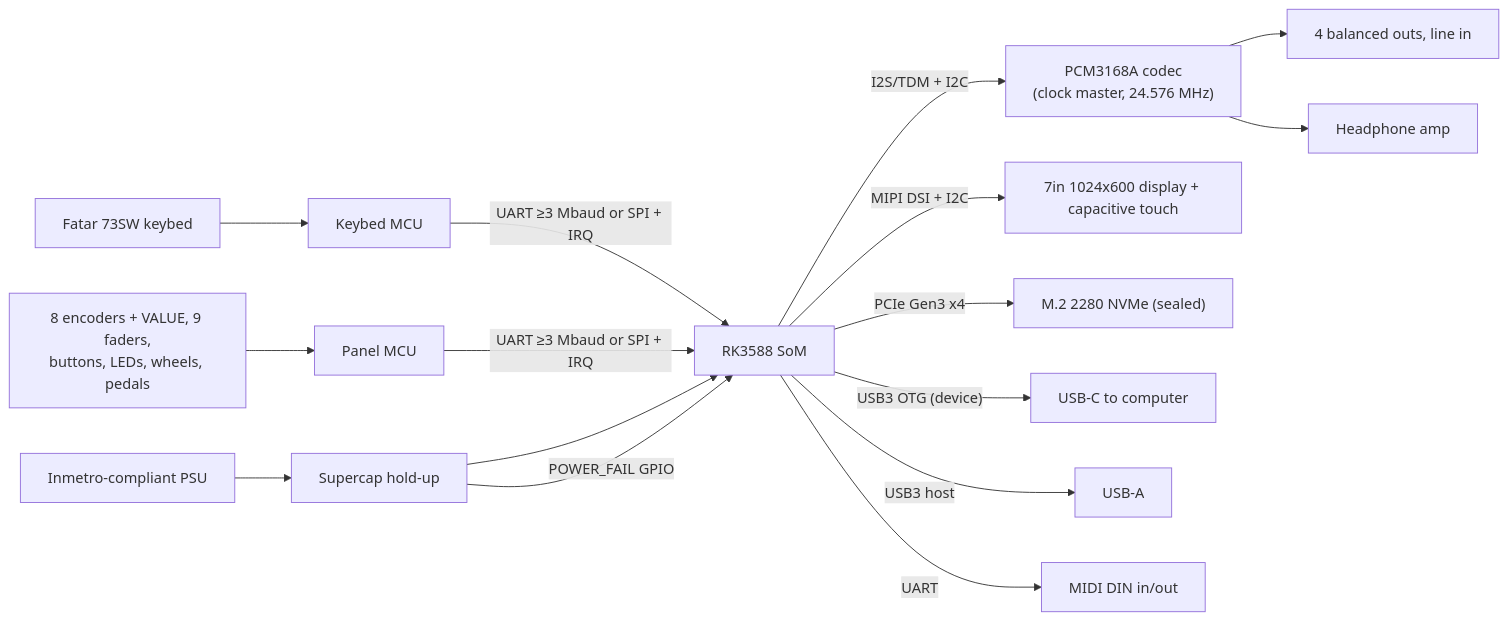
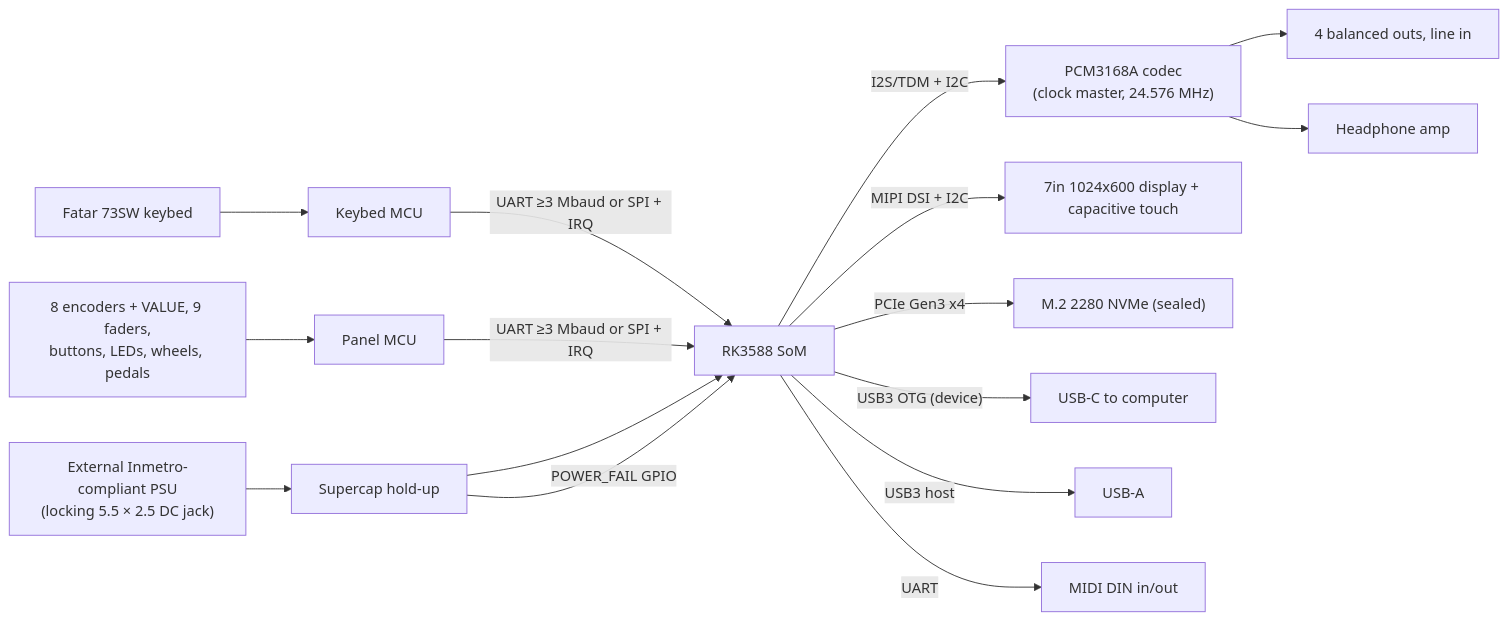
One commit to mateusbueno/buenos-x64-workstation changed the diagram in _bmad-output/planning-artifacts/architecture/architecture-buenos-x64-workstation-2026-10-17/HARDWARE-INTERFACES.md. Above: the diagram before and after it, drawn with Mermaid. The commit also changed other lines of this file and 11 other files, not shown here.

````diff
--- a/_bmad-output/planning-artifacts/architecture/architecture-buenos-x64-workstation-2026-10-17/HARDWARE-INTERFACES.md
+++ b/_bmad-output/planning-artifacts/architecture/architecture-buenos-x64-workstation-2026-10-17/HARDWARE-INTERFACES.md
@@ -7,17 +7,17 @@
 ```mermaid
 flowchart LR
   KB["Fatar 73SW keybed"] --> KMCU["Keybed MCU"]
   PANEL["8 encoders + VALUE, 9 faders,<br/>buttons, LEDs, wheels, pedals"] --> PMCU["Panel MCU"]
   KMCU -- "UART ≥3 Mbaud or SPI + IRQ" --> SOM["RK3588 SoM"]
   PMCU -- "UART ≥3 Mbaud or SPI + IRQ" --> SOM
   SOM -- "I2S/TDM + I2C" --> CODEC["PCM3168A codec<br/>(clock master, 24.576 MHz)"]
   CODEC --> OUT["4 balanced outs, line in"]
   CODEC --> HP["Headphone amp"]
   SOM -- "MIPI DSI + I2C" --> LCD["7in 1024x600 display + capacitive touch"]
   SOM -- "PCIe Gen3 x4" --> NVME["M.2 2280 NVMe (sealed)"]
   SOM -- "USB3 OTG (device)" --> USBC["USB-C to computer"]
   SOM -- "USB3 host" --> USBA["USB-A"]
   SOM -- "UART" --> MIDI["MIDI DIN in/out"]
-  PSU["Inmetro-compliant PSU"] --> HOLD["Supercap hold-up"] --> SOM
+  PSU["External Inmetro-compliant PSU<br/>(locking 5.5 × 2.5 DC jack)"] --> HOLD["Supercap hold-up"] --> SOM
   HOLD -- "POWER_FAIL GPIO" --> SOM
 ```
````
